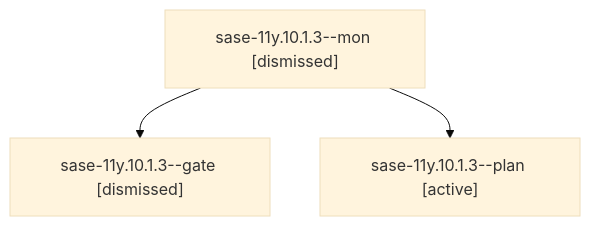
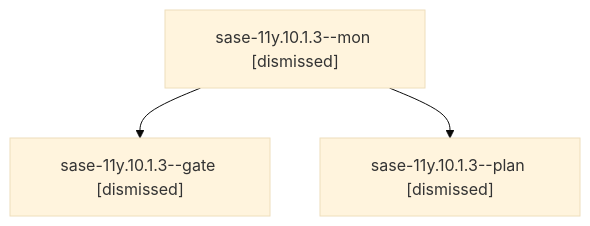
Before and after one commit to sase-org/sase--agents: the diagram in sessions/bbugyi200.athena.sase-11y.10.1.3.md, drawn with Mermaid (base theme). The commit also changed other lines of this file and 306 other files, not shown here.

````diff
--- a/sessions/bbugyi200.athena.sase-11y.10.1.3.md
+++ b/sessions/bbugyi200.athena.sase-11y.10.1.3.md
@@ -9,8 +9,8 @@
 ```mermaid
 flowchart TD
   n0["sase-11y.10.1.3--mon [dismissed]"]
   n1["sase-11y.10.1.3--gate [dismissed]"]
   n0 --> n1
-  n2["sase-11y.10.1.3--plan [active]"]
+  n2["sase-11y.10.1.3--plan [dismissed]"]
   n0 --> n2
 ```
````
